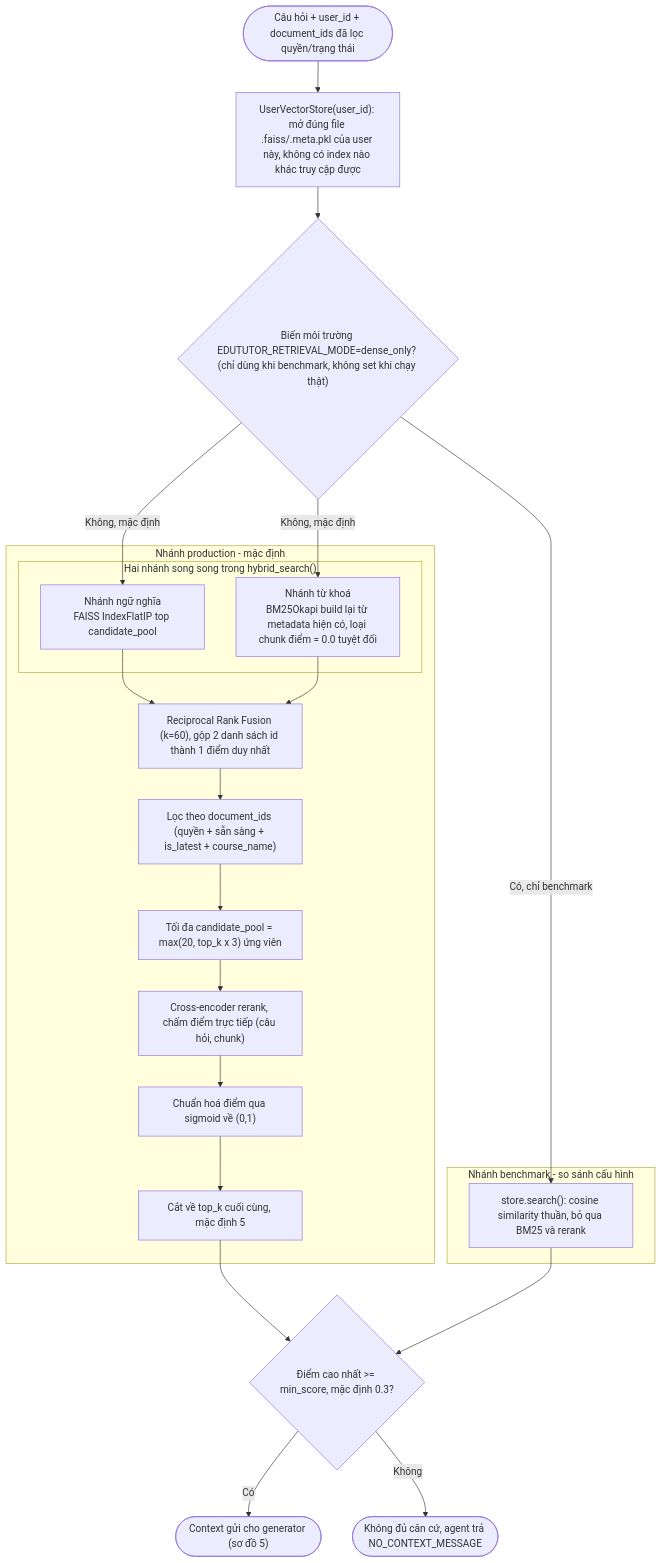
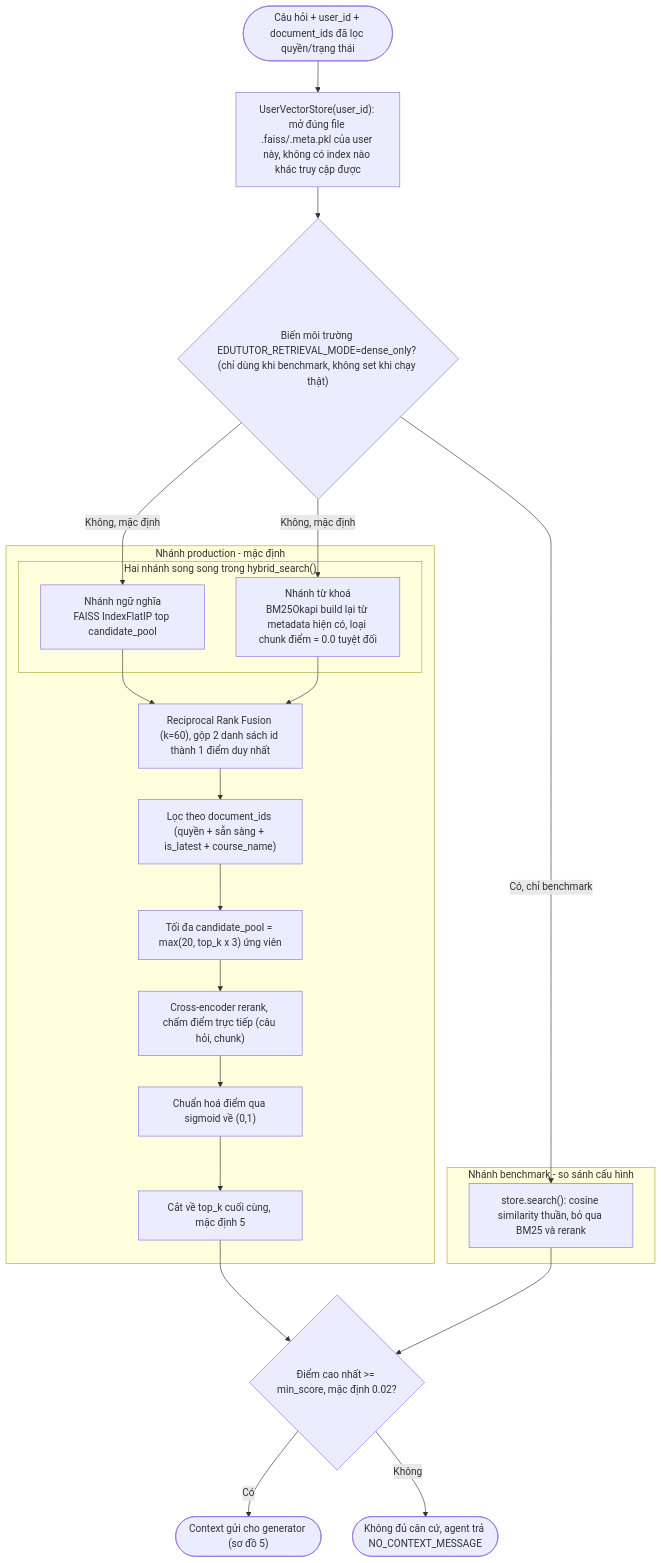
The sixth of 11 diagrams in docs/architecture-diagrams.md (Thaihoangbach/LearningAssistant), drawn with Mermaid before and after one commit. The commit also changed other lines of this file and 5 other files, not shown here.

````diff
--- a/docs/architecture-diagrams.md
+++ b/docs/architecture-diagrams.md
@@ -379,46 +379,46 @@
 ```mermaid
 flowchart TB
     Q(["Câu hỏi + user_id + document_ids đã lọc quyền/trạng thái"])
 
     ISOLATE["UserVectorStore(user_id): mở đúng file .faiss/.meta.pkl của user này, không có index nào khác truy cập được"]
 
     MODE{"Biến môi trường EDUTUTOR_RETRIEVAL_MODE=dense_only? (chỉ dùng khi benchmark, không set khi chạy thật)"}
 
     subgraph denseonly["Nhánh benchmark - so sánh cấu hình"]
         DENSESEARCH["store.search(): cosine similarity thuần, bỏ qua BM25 và rerank"]
     end
 
     subgraph hybrid["Nhánh production - mặc định"]
         subgraph songsong["Hai nhánh song song trong hybrid_search()"]
             DENSE["Nhánh ngữ nghĩa<br/>FAISS IndexFlatIP top candidate_pool"]
             BM25B["Nhánh từ khoá<br/>BM25Okapi build lại từ metadata hiện có, loại chunk điểm = 0.0 tuyệt đối"]
         end
         RRF["Reciprocal Rank Fusion (k=60), gộp 2 danh sách id thành 1 điểm duy nhất"]
         FILTERDOC["Lọc theo document_ids (quyền + sẵn sàng + is_latest + course_name)"]
         CANDIDATES["Tối đa candidate_pool = max(20, top_k x 3) ứng viên"]
         RERANK["Cross-encoder rerank, chấm điểm trực tiếp (câu hỏi, chunk)"]
         SIGMOID["Chuẩn hoá điểm qua sigmoid về (0,1)"]
         TOPK["Cắt về top_k cuối cùng, mặc định 5"]
     end
 
-    THRESH{"Điểm cao nhất >= min_score, mặc định 0.3?"}
+    THRESH{"Điểm cao nhất >= min_score, mặc định 0.02?"}
     CTX(["Context gửi cho generator (sơ đồ 5)"])
     NONE(["Không đủ căn cứ, agent trả NO_CONTEXT_MESSAGE"])
 
     Q --> ISOLATE
     ISOLATE --> MODE
     MODE -->|"Có, chỉ benchmark"| DENSESEARCH
     MODE -->|"Không, mặc định"| DENSE
     MODE -->|"Không, mặc định"| BM25B
     DENSE --> RRF
     BM25B --> RRF
     RRF --> FILTERDOC
     FILTERDOC --> CANDIDATES
     CANDIDATES --> RERANK
     RERANK --> SIGMOID
     SIGMOID --> TOPK
     TOPK --> THRESH
     DENSESEARCH --> THRESH
     THRESH -->|"Có"| CTX
     THRESH -->|"Không"| NONE
 ```
````
